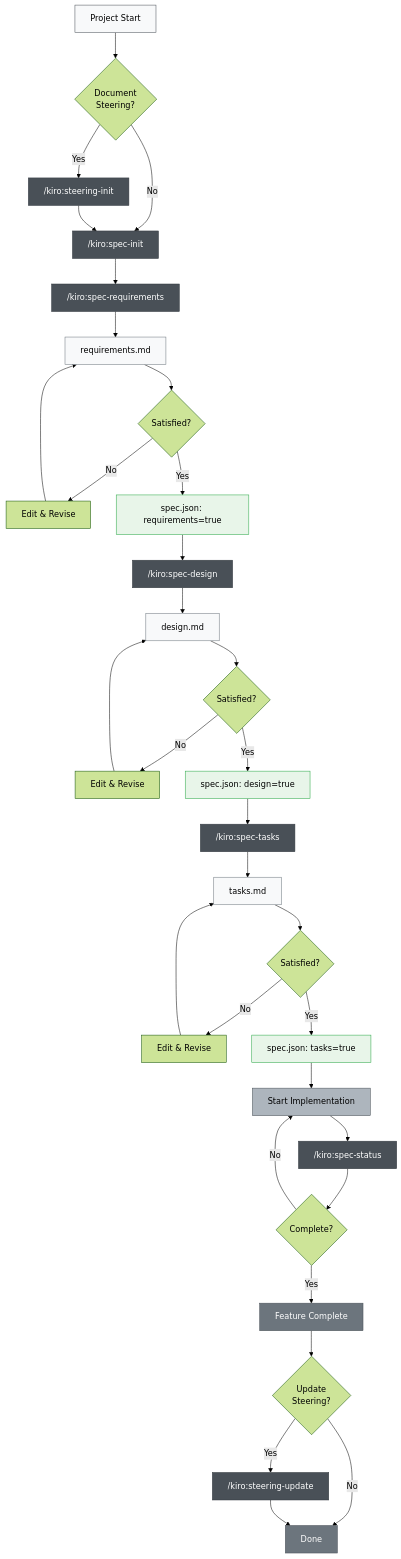
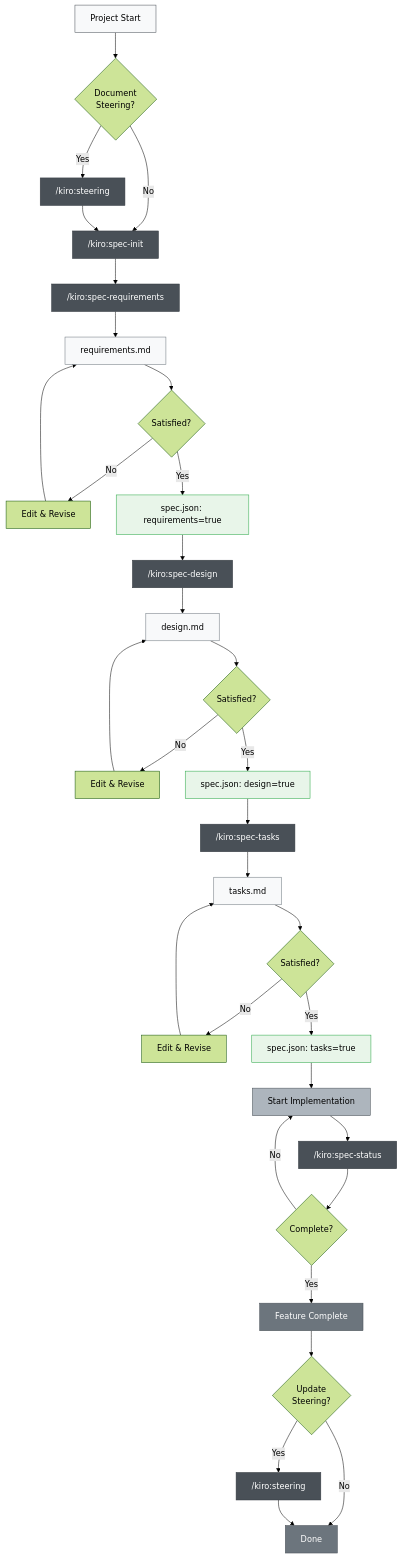
Before and after one commit to yi-john-huang/amazonq-spec: the first of 2 diagrams in README_en.md, drawn with Mermaid (forest theme). The commit also changed other lines of this file and 12 other files, not shown here.

````diff
--- a/README_en.md
+++ b/README_en.md
@@ -125,58 +125,58 @@
 ```mermaid
 graph TD
     A["Project Start"] --> B{"Document<br/>Steering?"}
-    B -->|Yes| C["/kiro:steering-init"]
+    B -->|Yes| C["/kiro:steering"]
     B -->|No| D["/kiro:spec-init"]
     C --> D
     
     D --> E["/kiro:spec-requirements"]
     E --> F["requirements.md"]
     F --> G{"Satisfied?"}
     G -->|No| G1["Edit & Revise"]
     G1 --> F
     G -->|Yes| H["spec.json: requirements=true"]
     
     H --> I["/kiro:spec-design"]
     I --> J["design.md"]
     J --> K{"Satisfied?"}
     K -->|No| K1["Edit & Revise"]
     K1 --> J
     K -->|Yes| L["spec.json: design=true"]
     
     L --> M["/kiro:spec-tasks"]
     M --> N["tasks.md"]
     N --> O{"Satisfied?"}
     O -->|No| O1["Edit & Revise"]
     O1 --> N
     O -->|Yes| P["spec.json: tasks=true"]
     
     P --> Q["Start Implementation"]
     Q --> R["/kiro:spec-status"]
     R --> S{"Complete?"}
     S -->|No| Q
     S -->|Yes| T["Feature Complete"]
     
     T --> U{"Update<br/>Steering?"}
-    U -->|Yes| V["/kiro:steering-update"]
+    U -->|Yes| V["/kiro:steering"]
     U -->|No| W["Done"]
     V --> W
     
     %% Style definitions
     style A fill:#f8f9fa,stroke:#495057
     style C fill:#495057,stroke:#343a40,color:#ffffff
     style D fill:#495057,stroke:#343a40,color:#ffffff
     style E fill:#495057,stroke:#343a40,color:#ffffff
     style I fill:#495057,stroke:#343a40,color:#ffffff
     style M fill:#495057,stroke:#343a40,color:#ffffff
     style R fill:#495057,stroke:#343a40,color:#ffffff
     style V fill:#495057,stroke:#343a40,color:#ffffff
     style F fill:#f8f9fa,stroke:#6c757d
     style J fill:#f8f9fa,stroke:#6c757d
     style N fill:#f8f9fa,stroke:#6c757d
     style H fill:#e8f5e9,stroke:#28a745
     style L fill:#e8f5e9,stroke:#28a745
     style P fill:#e8f5e9,stroke:#28a745
     style Q fill:#adb5bd,stroke:#495057
     style T fill:#6c757d,stroke:#495057,color:#ffffff
     style W fill:#6c757d,stroke:#495057,color:#ffffff
 ```
````
